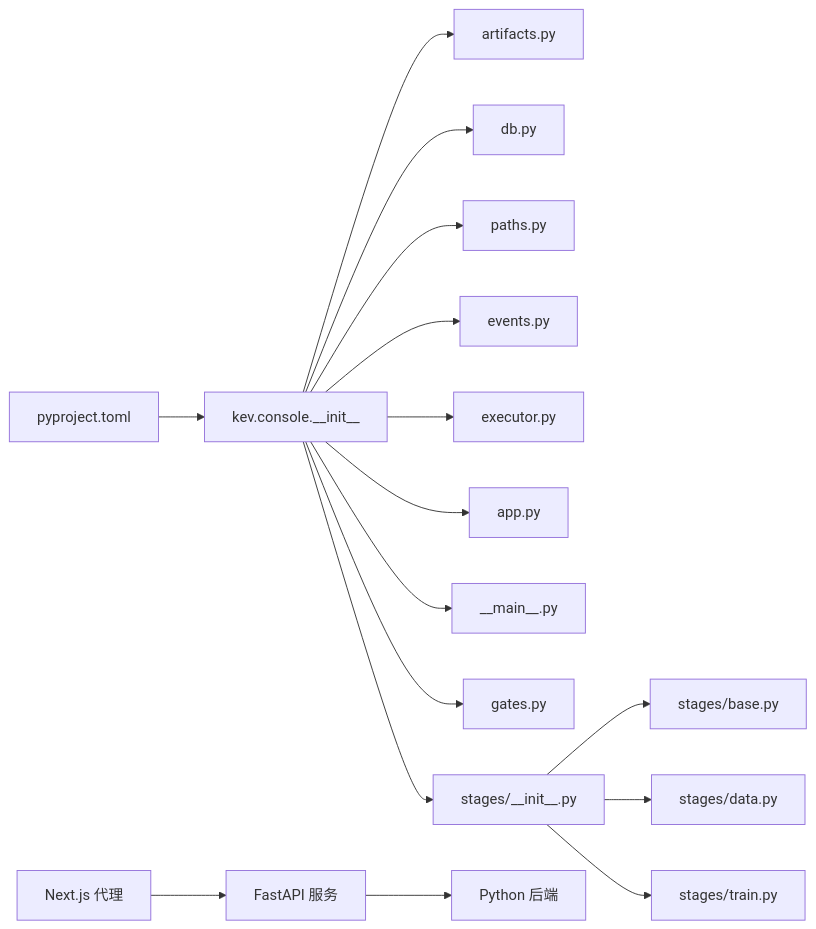
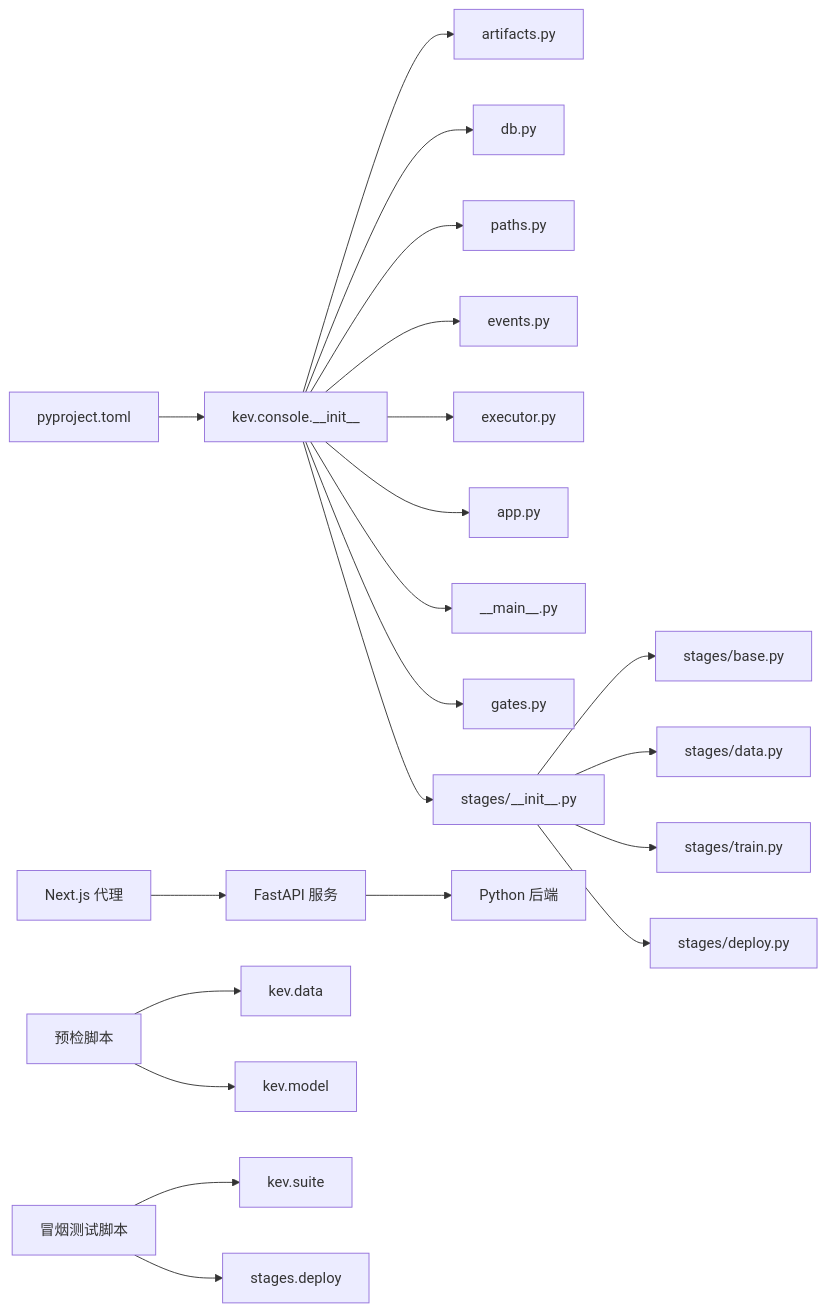
Diagram 13 of 13 in .qoder/repowiki/zh/content/训练框架/医疗微调控制台编排系统.md (joezxh/kev), drawn with Mermaid before and after one commit. The commit also changed other lines of this file and 101 other files, not shown here.

````diff
--- a/.qoder/repowiki/zh/content/训练框架/医疗微调控制台编排系统.md
+++ b/.qoder/repowiki/zh/content/训练框架/医疗微调控制台编排系统.md
@@ -493,18 +597,23 @@
 ```mermaid
 graph LR
 P["pyproject.toml"] --> CP["kev.console.__init__"]
 CP --> ART["artifacts.py"]
 CP --> DBM["db.py"]
 CP --> PATHS["paths.py"]
 CP --> EVT["events.py"]
 CP --> EXE["executor.py"]
 CP --> APP["app.py"]
 CP --> MAIN["__main__.py"]
 CP --> GATES["gates.py"]
 CP --> STG["stages/__init__.py"]
 STG --> BASE["stages/base.py"]
 STG --> DATA["stages/data.py"]
 STG --> TRAIN["stages/train.py"]
+STG --> DEPLOY["stages/deploy.py"]
 NEXT["Next.js 代理"] --> FASTAPI["FastAPI 服务"]
 FASTAPI --> PYTHON["Python 后端"]
+PRECHECK["预检脚本"] --> KEVDATA["kev.data"]
+PRECHECK --> KEVMODEL["kev.model"]
+SMOKE["冒烟测试脚本"] --> KEVSUITE["kev.suite"]
+SMOKE --> DEPLOYSTAGE["stages.deploy"]
 ```
````
